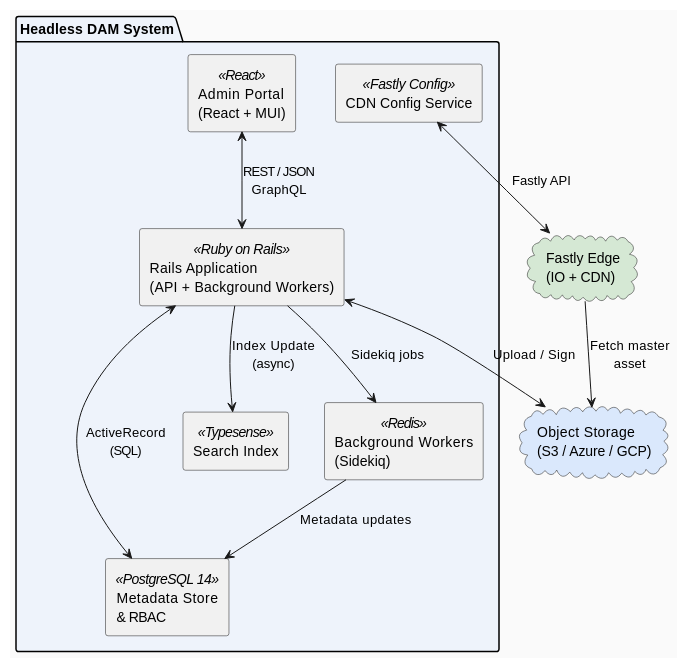
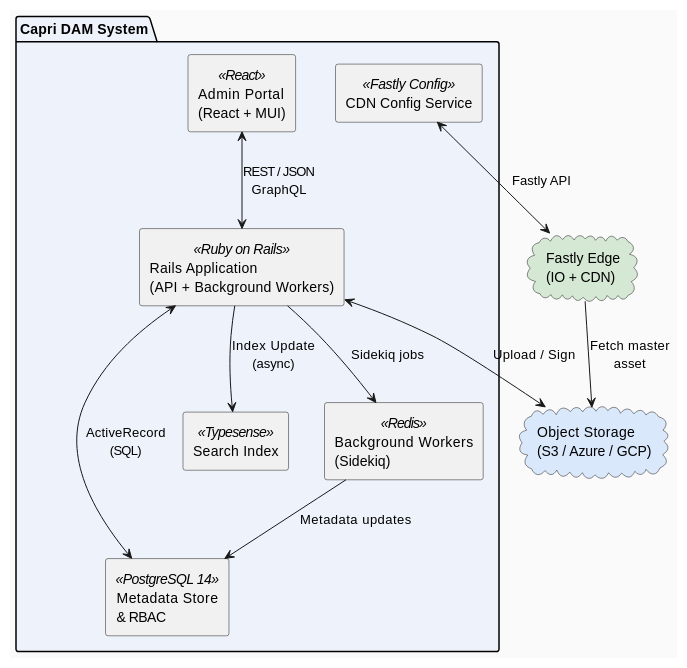
Before and after one commit to Capri-Labs/capri-dam: the first of 2 diagrams in docs/architecture/src/05_building_block_view.adoc, drawn with PlantUML. The commit also changed other lines of this file and 47 other files, not shown here.

```diff
--- a/docs/architecture/src/05_building_block_view.adoc
+++ b/docs/architecture/src/05_building_block_view.adoc
@@ -9,29 +9,29 @@
 [plantuml, target="level-1-overview", format="svg"]
 ....
 @startuml
 skinparam backgroundColor #FAFAFA
 skinparam componentStyle rectangle
 skinparam defaultFontName Helvetica
 
-package "Headless DAM System" #EEF3FB {
+package "Capri DAM System" #EEF3FB {
     component [Admin Portal\n(React + MUI)] as GUI <<React>>
     component [Rails Application\n(API + Background Workers)] as API <<Ruby on Rails>>
     database  [Metadata Store\n& RBAC] as DB <<PostgreSQL 14>>
     component [Search Index] as Search <<Typesense>>
     component [Background Workers\n(Sidekiq)] as Workers <<Redis>>
     component [CDN Config Service] as CDN <<Fastly Config>>
 }
 
 cloud "Fastly Edge\n(IO + CDN)" as Fastly #D5E8D4
 cloud "Object Storage\n(S3 / Azure / GCP)" as Storage #DAE8FC
 
 GUI    <--> API     : REST / JSON\nGraphQL
 API    <--> DB      : ActiveRecord\n(SQL)
 API    --> Search   : Index Update\n(async)
 API    <--> Storage : Upload / Sign
 API    --> Workers  : Sidekiq jobs
 Workers --> DB      : Metadata updates
 CDN    <--> Fastly  : Fastly API
 Fastly --> Storage  : Fetch master\nasset
 @enduml
 ....
```
